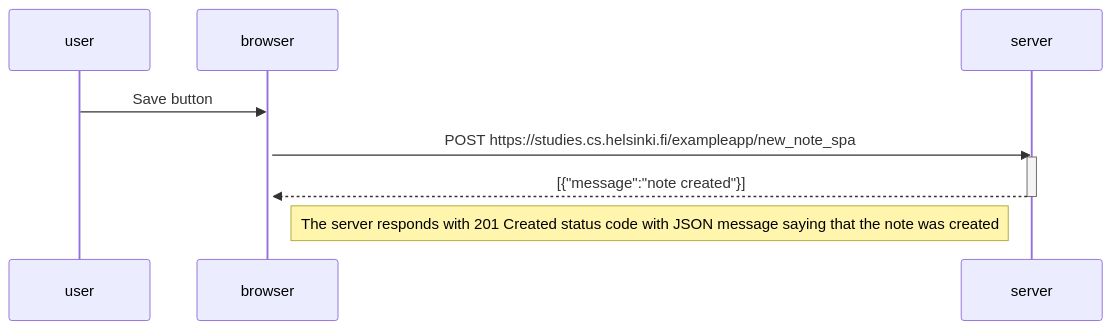
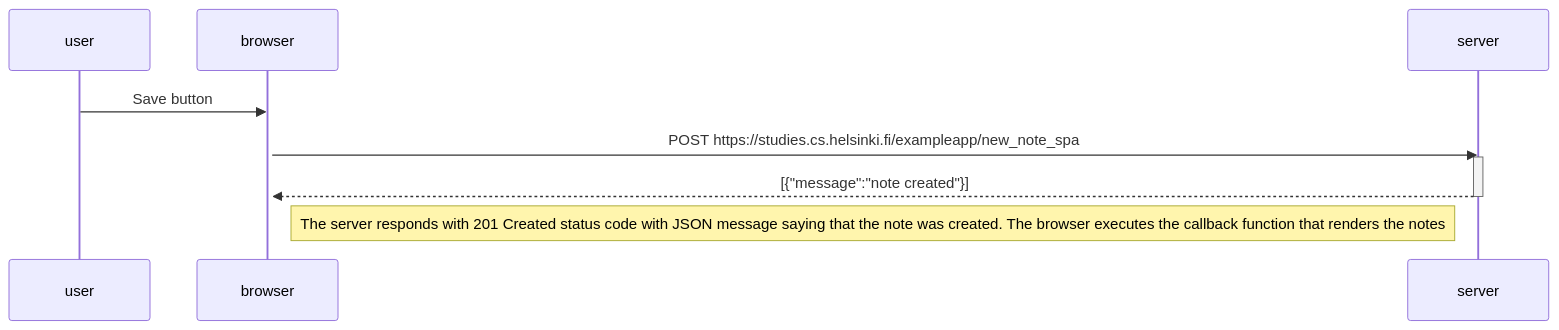
One commit to jwallkeller/FullstackOpenCourse changed the diagram in part0/exercise0-6.md. Above: the diagram before and after it, drawn with Mermaid.

Commit message:
Update note in exercise 0.6

````diff
--- a/part0/exercise0-6.md
+++ b/part0/exercise0-6.md
@@ -1,16 +1,16 @@
 ```mermaid
 sequenceDiagram
     participant user
     participant browser
     participant server
 
     user->>browser: Save button
     activate browser
 
     browser->>server: POST https://studies.cs.helsinki.fi/exampleapp/new_note_spa
     activate server
     server-->>browser: [{"message":"note created"}]
     deactivate server
 
-    Note right of browser: The server responds with 201 Created status code with JSON message saying that the note was created
+    Note right of browser: The server responds with 201 Created status code with JSON message saying that the note was created. The browser executes the callback function that renders the notes
 ```
````
